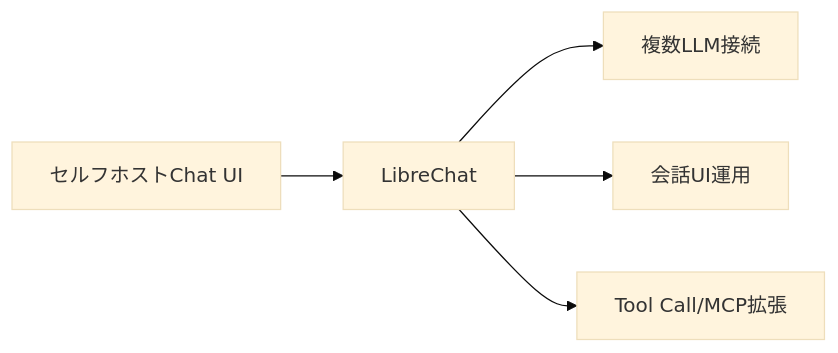
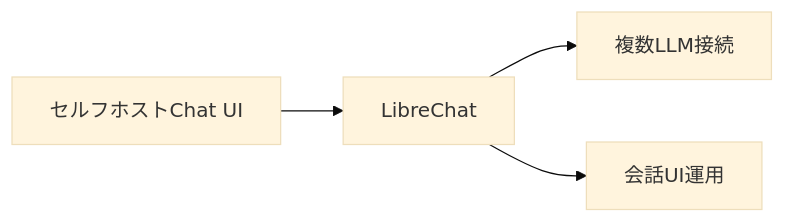
The first of 2 diagrams in docs/04-ui/04-librechat.md (duwenji/generative-ai-oss-tutorials), drawn with Mermaid (base theme) before and after one commit. The commit also changed other lines of this file and 3 other files, not shown here.

First line of the commit message:
fix: revert mermaid additions and standardize supplementary heading in 04-ui

````diff
--- a/docs/04-ui/04-librechat.md
+++ b/docs/04-ui/04-librechat.md
@@ -49,7 +49,6 @@
 ```mermaid
 flowchart LR
     A[セルフホストChat UI] --> B[LibreChat]
     B --> C[複数LLM接続]
     B --> D[会話UI運用]
-    B --> E[Tool Call/MCP拡張]
 ```
````
